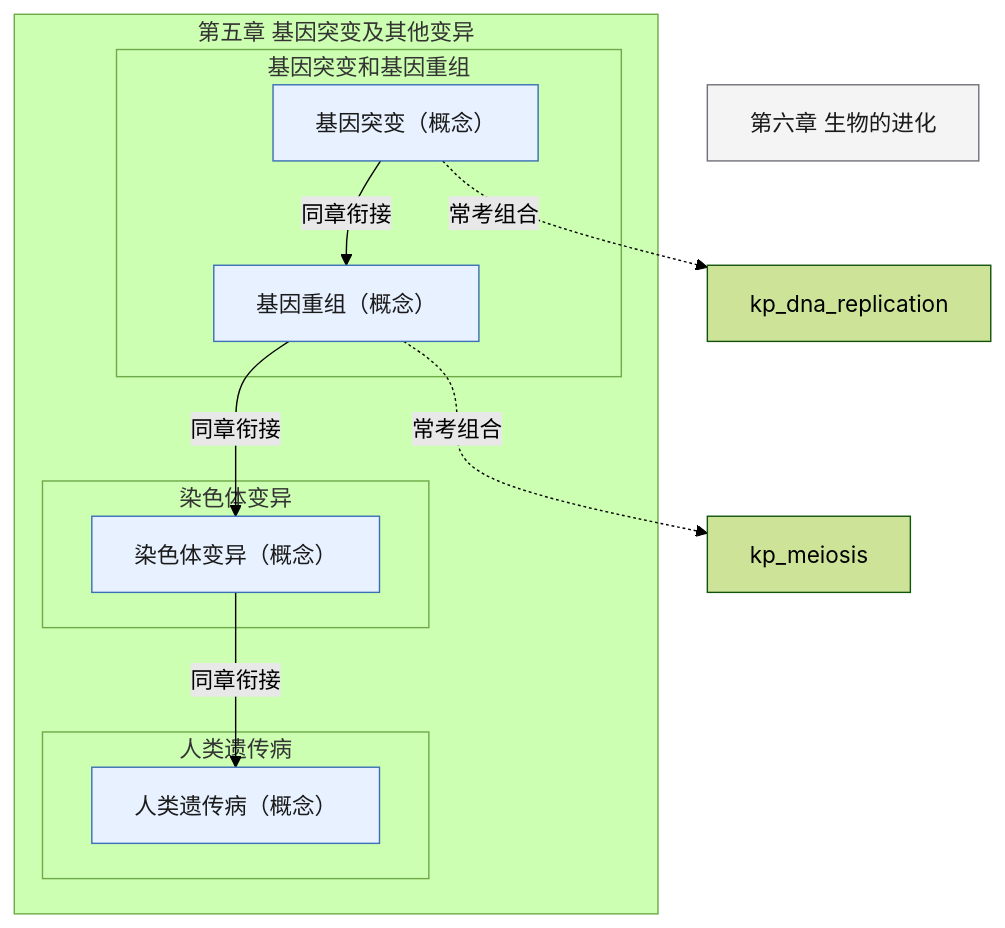
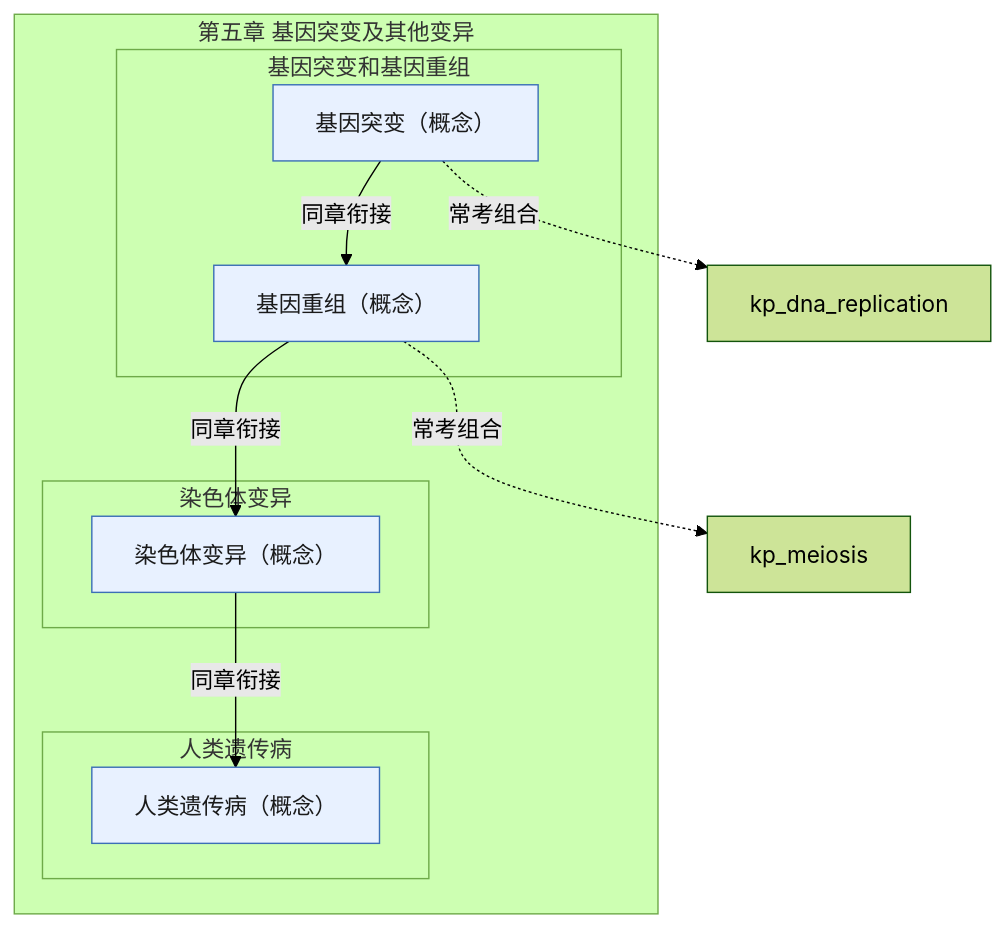
One commit to lihenair/high-school-ai-tutor-skill changed the diagram in skills/high-school-ai-tutor/references/pep-bio-bx2-ch5.md. Above: the diagram before and after it, drawn with Mermaid (forest theme). The commit also changed 26 other files, not shown here.

First line of the commit message:
feat(bio): 跨教材知识联系图谱——占位符清退 + 53 条组合边 + 联系图谱文档

````diff
--- a/skills/high-school-ai-tutor/references/pep-bio-bx2-ch5.md
+++ b/skills/high-school-ai-tutor/references/pep-bio-bx2-ch5.md
@@ -5,25 +5,24 @@
 ```mermaid
 flowchart TD
   classDef concept fill:#E8F1FF,stroke:#3B6FB6,color:#1A1A1A
   classDef skill fill:#E7F6EE,stroke:#2E7D4F,color:#1A1A1A
   classDef experiment fill:#FFF4E5,stroke:#C47B17,color:#1A1A1A
   classDef later fill:#F4F4F5,stroke:#71717A,color:#1A1A1A
   subgraph ch["第五章 基因突变及其他变异"]
     subgraph s1["基因突变和基因重组"]
       kp_gene_mutation["基因突变（概念）"]:::concept
       kp_gene_recombination["基因重组（概念）"]:::concept
     end
     subgraph s2["染色体变异"]
       kp_chromosome_variation["染色体变异（概念）"]:::concept
     end
     subgraph s3["人类遗传病"]
       kp_human_genetic_disease["人类遗传病（概念）"]:::concept
     end
   end
-  bx2_ch6["第六章 生物的进化"]:::later
   kp_gene_mutation -->|同章衔接| kp_gene_recombination
   kp_gene_recombination -->|同章衔接| kp_chromosome_variation
   kp_chromosome_variation -->|同章衔接| kp_human_genetic_disease
   kp_gene_mutation -.->|常考组合| kp_dna_replication
   kp_gene_recombination -.->|常考组合| kp_meiosis
 ```
````
